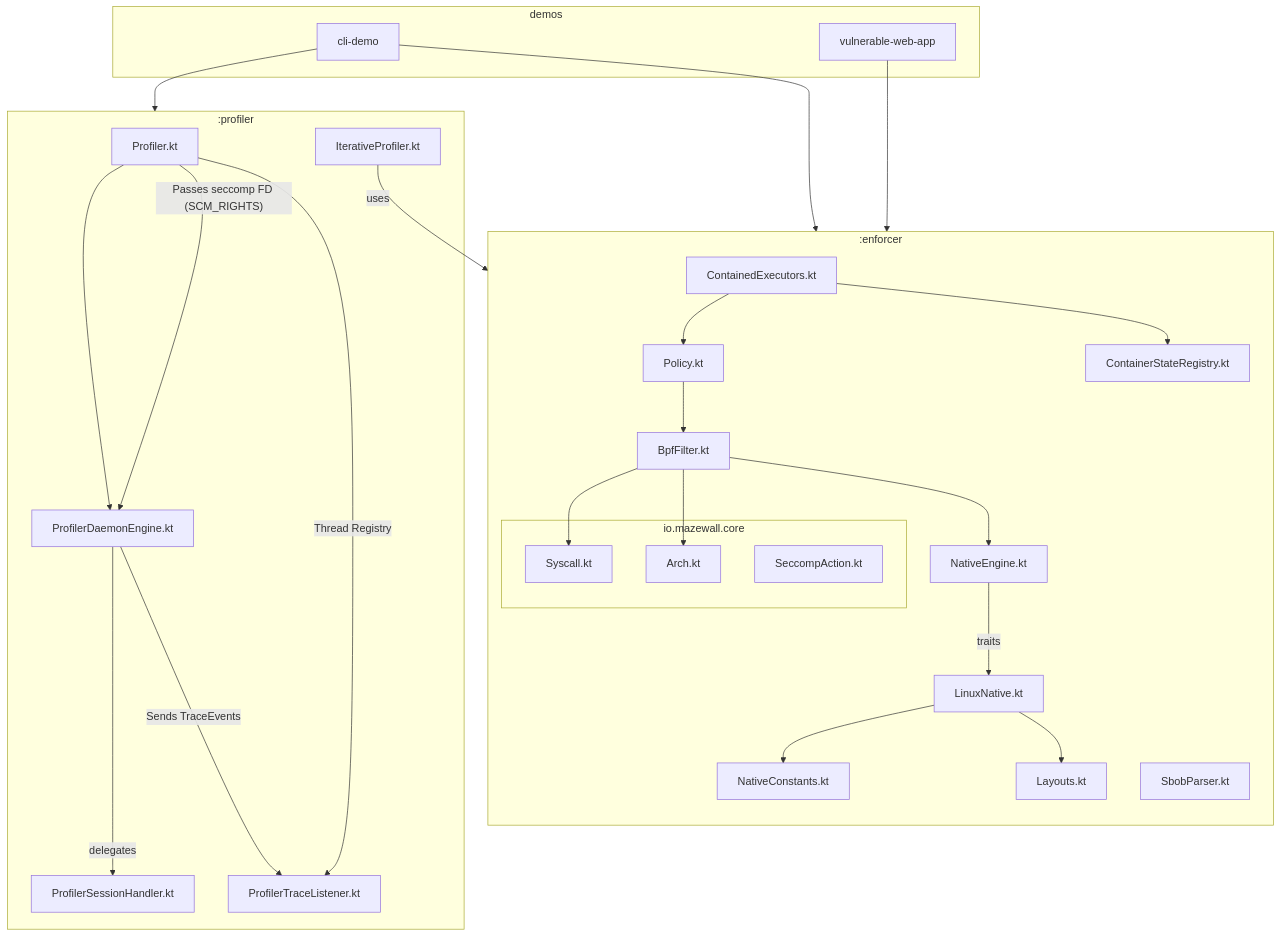
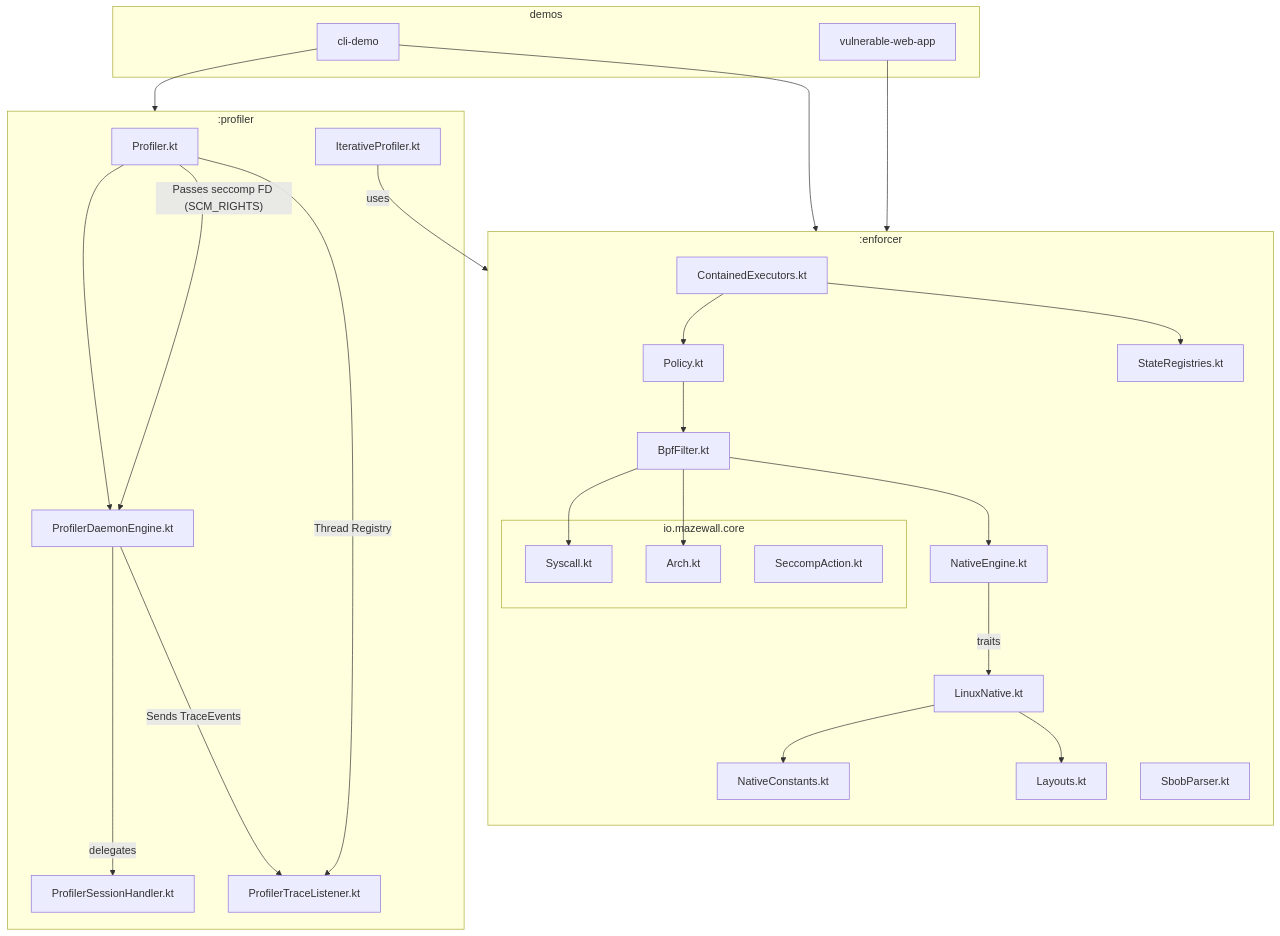
Before and after one commit to Pilleo/mazewall: the second of 2 diagrams in docs/internals/architectural_map.md, drawn with Mermaid. The commit also changed other lines of this file and 5 other files, not shown here.

First line of the commit message:
refactor: split ContainerStateRegistry into Process and Thread registries

````diff
--- a/docs/internals/architectural_map.md
+++ b/docs/internals/architectural_map.md
@@ -56,40 +56,40 @@
 ```mermaid
 graph TD
     subgraph enforcer [":enforcer"]
         direction TB
         subgraph core ["io.mazewall.core"]
             S[Syscall.kt]
             A[Arch.kt]
             SA[SeccompAction.kt]
         end
         P[Policy.kt] --> B[BpfFilter.kt]
         B --> S
         B --> A
         B --> C[NativeEngine.kt]
         C -- traits --> LN[LinuxNative.kt]
         LN --> NC[NativeConstants.kt]
         LN --> L[Layouts.kt]
         D[ContainedExecutors.kt] --> P
-        D --> E[ContainerStateRegistry.kt]
+        D --> E[StateRegistries.kt]
         H[SbobParser.kt]
     end
 
     subgraph profiler [":profiler"]
         F[Profiler.kt] --> G[ProfilerDaemonEngine.kt]
         G -- delegates --> PS[ProfilerSessionHandler.kt]
         I[IterativeProfiler.kt] -- "uses" --> D
         J[ProfilerTraceListener.kt]
     end
 
     subgraph demos ["demos"]
         D1[cli-demo]
         D2[vulnerable-web-app]
     end
 
     F -- "Passes seccomp FD (SCM_RIGHTS)" --> G
     G -- "Sends TraceEvents" --> J
     F -- "Thread Registry" --> J
     D1 --> enforcer
     D1 --> profiler
     D2 --> enforcer
 ```
````
